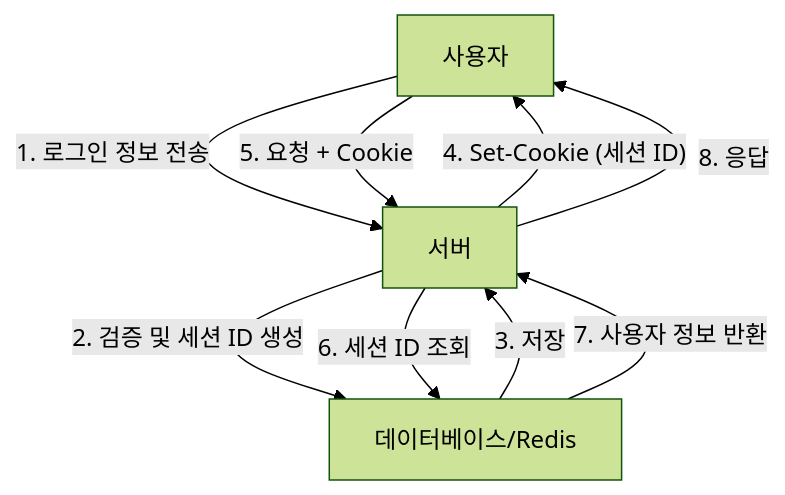
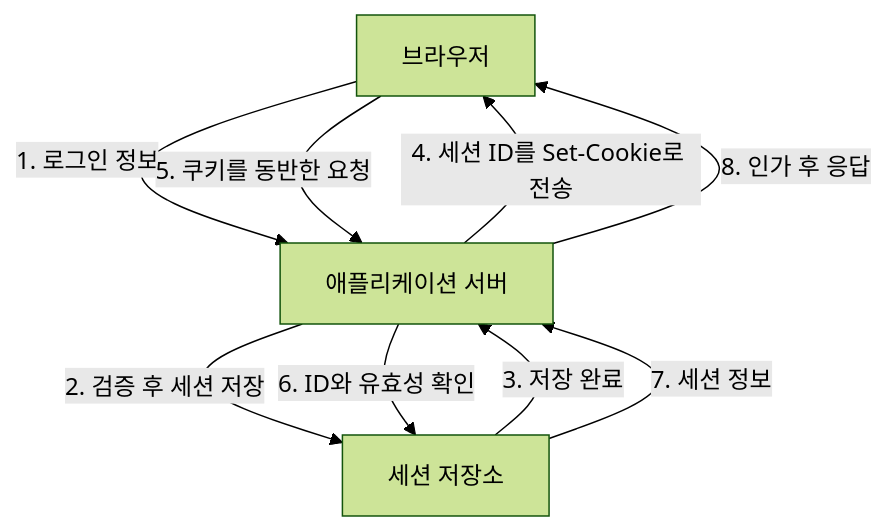
Before and after one commit to kenjinote/blog: the first of 3 diagrams in content/post/jwt-json-web-token-security-risks/index.ko.md, drawn with Mermaid (forest theme). The commit also changed other lines of this file and 5 other files, not shown here.

Commit message:
Proofread Spanish and Korean JWT security explanations and token flows

````diff
--- a/content/post/jwt-json-web-token-security-risks/index.ko.md
+++ b/content/post/jwt-json-web-token-security-risks/index.ko.md
@@ -19,11 +20,11 @@
 ```mermaid
 graph TD
-    A["사용자"] -- "1. 로그인 정보 전송" --> B["서버"]
-    B -- "2. 검증 및 세션 ID 생성" --> C["데이터베이스/Redis"]
-    C -- "3. 저장" --> B
-    B -- "4. Set-Cookie (세션 ID)" --> A
-    A -- "5. 요청 + Cookie" --> B
-    B -- "6. 세션 ID 조회" --> C
-    C -- "7. 사용자 정보 반환" --> B
-    B -- "8. 응답" --> A
+    A["브라우저"] -- "1. 로그인 정보" --> B["애플리케이션 서버"]
+    B -- "2. 검증 후 세션 저장" --> C["세션 저장소"]
+    C -- "3. 저장 완료" --> B
+    B -- "4. 세션 ID를 Set-Cookie로 전송" --> A
+    A -- "5. 쿠키를 동반한 요청" --> B
+    B -- "6. ID와 유효성 확인" --> C
+    C -- "7. 세션 정보" --> B
+    B -- "8. 인가 후 응답" --> A
 ```
````
